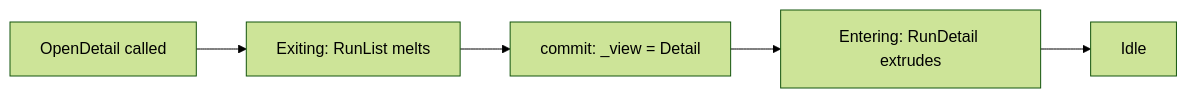
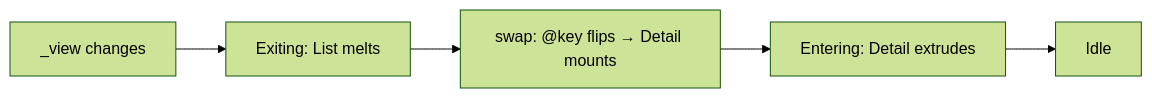
One commit to MgCohen/abox-server changed the second of 3 diagrams in PLANS/animation-ui-foundation.md. Above: the diagram before and after it, drawn with Mermaid (forest theme). The commit also changed other lines of this file and 23 other files, not shown here.

````diff
--- a/PLANS/animation-ui-foundation.md
+++ b/PLANS/animation-ui-foundation.md
@@ -434,7 +437,7 @@
 ```mermaid
 flowchart LR
-    A[OpenDetail called] --> B[Exiting: RunList melts]
-    B --> C[commit: _view = Detail]
-    C --> D[Entering: RunDetail extrudes]
+    A[_view changes] --> B[Exiting: List melts]
+    B --> C[swap: @key flips → Detail mounts]
+    C --> D[Entering: Detail extrudes]
     D --> E[Idle]
 ```
````
